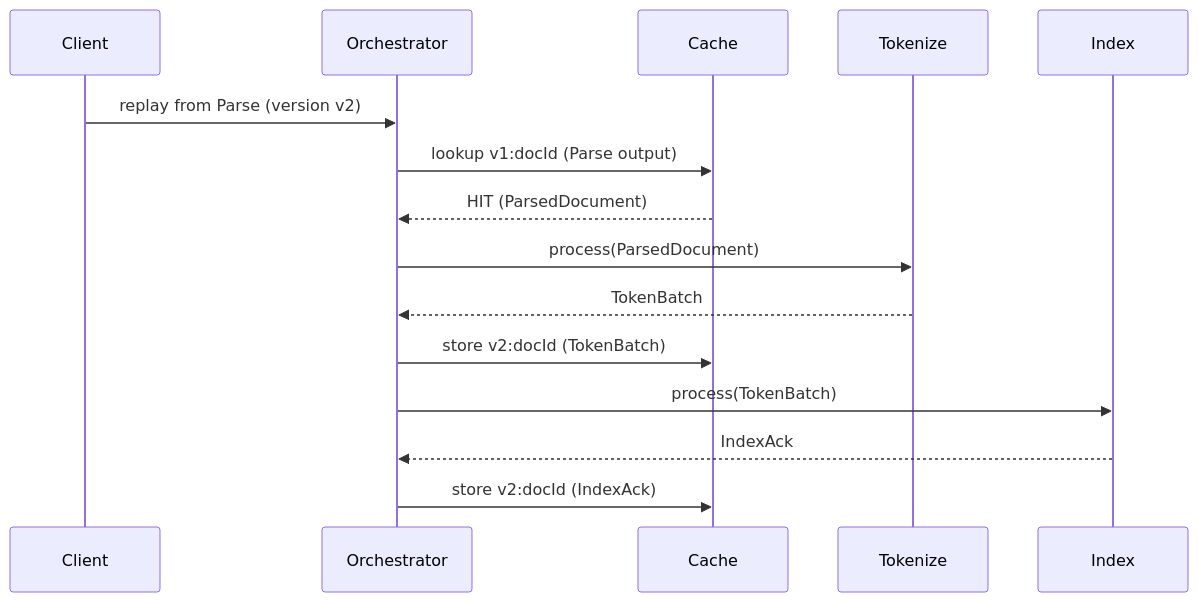
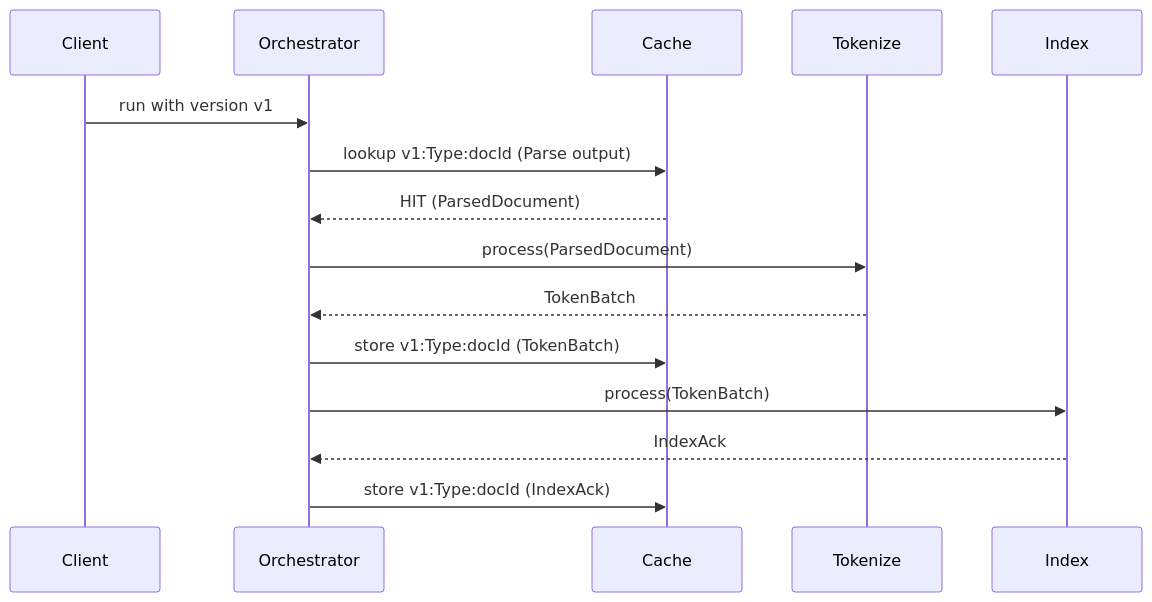
One commit to The-Pipeline-Framework/pipelineframework changed the second of 3 diagrams in docs/guide/plugins/caching/replay-walkthrough.md. Above: the diagram before and after it, drawn with Mermaid. The commit also changed other lines of this file and 6 other files, not shown here.

````diff
--- a/docs/guide/plugins/caching/replay-walkthrough.md
+++ b/docs/guide/plugins/caching/replay-walkthrough.md
@@ -60,18 +72,18 @@
 ```mermaid
 sequenceDiagram
   participant Client
   participant Orchestrator
   participant Cache
   participant Tokenize
   participant Index
 
-  Client->>Orchestrator: replay from Parse (version v2)
-  Orchestrator->>Cache: lookup v1:docId (Parse output)
+  Client->>Orchestrator: run with version v1
+  Orchestrator->>Cache: lookup v1:Type:docId (Parse output)
   Cache-->>Orchestrator: HIT (ParsedDocument)
   Orchestrator->>Tokenize: process(ParsedDocument)
   Tokenize-->>Orchestrator: TokenBatch
-  Orchestrator->>Cache: store v2:docId (TokenBatch)
+  Orchestrator->>Cache: store v1:Type:docId (TokenBatch)
   Orchestrator->>Index: process(TokenBatch)
   Index-->>Orchestrator: IndexAck
-  Orchestrator->>Cache: store v2:docId (IndexAck)
+  Orchestrator->>Cache: store v1:Type:docId (IndexAck)
 ```
````
